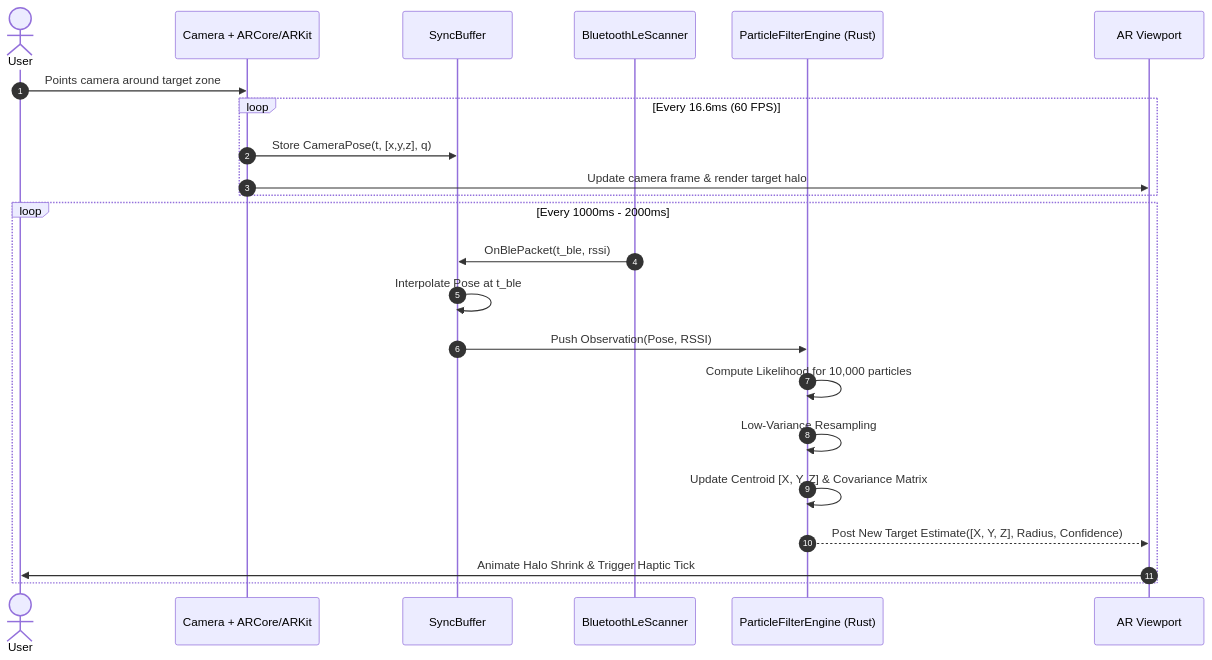
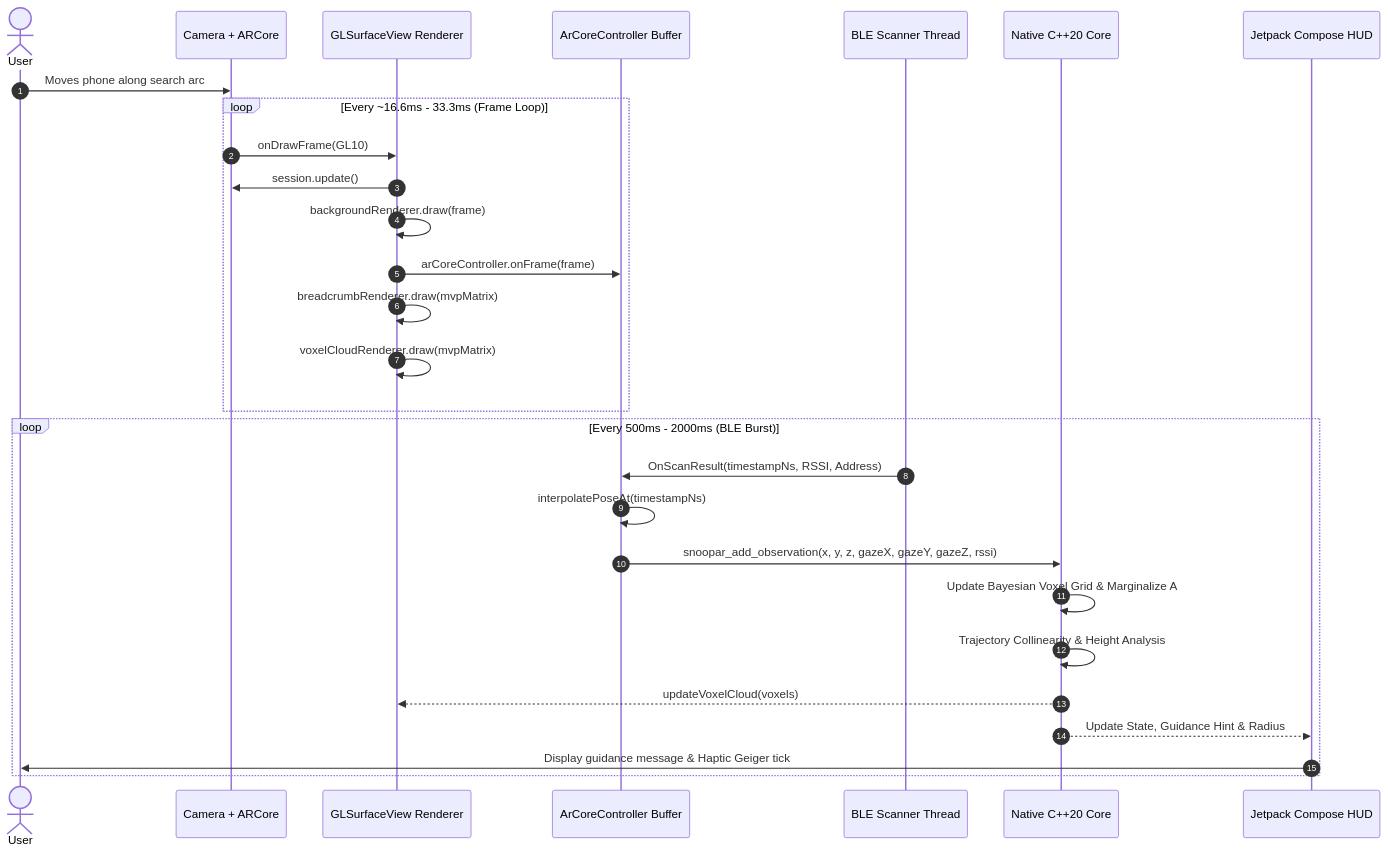
The second of 3 diagrams in docs/SYSTEM_ARCHITECTURE.md (AkulTyagi11/SnoopVR), drawn with Mermaid before and after one commit. The commit also changed other lines of this file and 34 other files, not shown here.

Commit message:
feat: complete android ar app, camera background quad, ble classification, and docs alignment

````diff
--- a/docs/SYSTEM_ARCHITECTURE.md
+++ b/docs/SYSTEM_ARCHITECTURE.md
@@ -126,27 +131,32 @@
 ```mermaid
 sequenceDiagram
     autonumber
     actor User
-    participant Cam as Camera + ARCore/ARKit
-    participant Sync as SyncBuffer
-    participant BLE as BluetoothLeScanner
-    participant Filter as ParticleFilterEngine (Rust)
-    participant UI as AR Viewport
+    participant Cam as Camera + ARCore
+    participant GL as GLSurfaceView Renderer
+    participant Sync as ArCoreController Buffer
+    participant BLE as BLE Scanner Thread
+    participant Core as Native C++20 Core
+    participant UI as Jetpack Compose HUD
 
-    User->>Cam: Points camera around target zone
-    loop Every 16.6ms (60 FPS)
-        Cam->>Sync: Store CameraPose(t, [x,y,z], q)
-        Cam->>UI: Update camera frame & render target halo
+    User->>Cam: Moves phone along search arc
+    loop Every ~16.6ms - 33.3ms (Frame Loop)
+        Cam->>GL: onDrawFrame(GL10)
+        GL->>Cam: session.update()
+        GL->>GL: backgroundRenderer.draw(frame)
+        GL->>Sync: arCoreController.onFrame(frame)
+        GL->>GL: breadcrumbRenderer.draw(mvpMatrix)
+        GL->>GL: voxelCloudRenderer.draw(mvpMatrix)
     end
 
-    loop Every 1000ms - 2000ms
-        BLE->>Sync: OnBlePacket(t_ble, rssi)
-        Sync->>Sync: Interpolate Pose at t_ble
-        Sync->>Filter: Push Observation(Pose, RSSI)
-        Filter->>Filter: Compute Likelihood for 10,000 particles
-        Filter->>Filter: Low-Variance Resampling
-        Filter->>Filter: Update Centroid [X, Y, Z] & Covariance Matrix
-        Filter-->>UI: Post New Target Estimate([X, Y, Z], Radius, Confidence)
-        UI->>User: Animate Halo Shrink & Trigger Haptic Tick
+    loop Every 500ms - 2000ms (BLE Burst)
+        BLE->>Sync: OnScanResult(timestampNs, RSSI, Address)
+        Sync->>Sync: interpolatePoseAt(timestampNs)
+        Sync->>Core: snoopar_add_observation(x, y, z, gazeX, gazeY, gazeZ, rssi)
+        Core->>Core: Update Bayesian Voxel Grid & Marginalize A
+        Core->>Core: Trajectory Collinearity & Height Analysis
+        Core-->>GL: updateVoxelCloud(voxels)
+        Core-->>UI: Update State, Guidance Hint & Radius
+        UI->>User: Display guidance message & Haptic Geiger tick
     end
 ```
````
